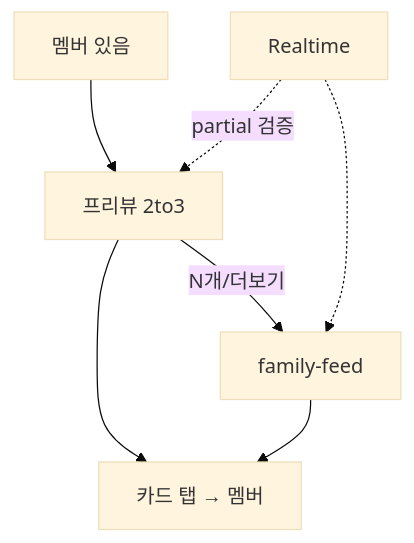
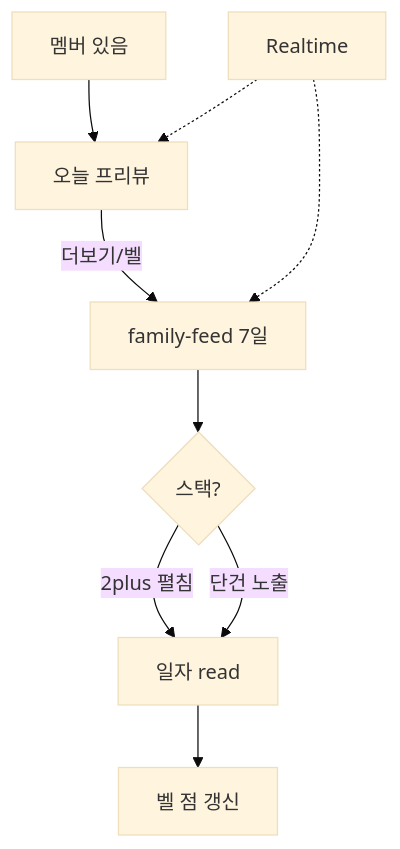
One commit to gogleset/yakmuk changed the third of 6 diagrams in docs/flows/family-tab-flow-brief.md. Above: the diagram before and after it, drawn with Mermaid (base theme). The commit also changed other lines of this file and 2 other files, not shown here.

First line of the commit message:
docs: 가족 자리표·오늘 소식 플로우를 맞춘다

````diff
--- a/docs/flows/family-tab-flow-brief.md
+++ b/docs/flows/family-tab-flow-brief.md
@@ -145,9 +148,11 @@
 ```mermaid
 flowchart TD
-  A[멤버 있음] --> B[프리뷰 2to3]
-  B -->|N개/더보기| C[family-feed]
-  B --> D[카드 탭 → 멤버]
-  C --> D
-  E[Realtime] -.->|partial 검증| B
-  E -.-> C
+  A[멤버 있음] --> B[오늘 프리뷰]
+  B -->|더보기/벨| C[family-feed 7일]
+  C --> D{스택?}
+  D -->|2plus 펼침| E[일자 read]
+  D -->|단건 노출| E
+  E --> F[벨 점 갱신]
+  G[Realtime] -.-> B
+  G -.-> C
 ```
````
